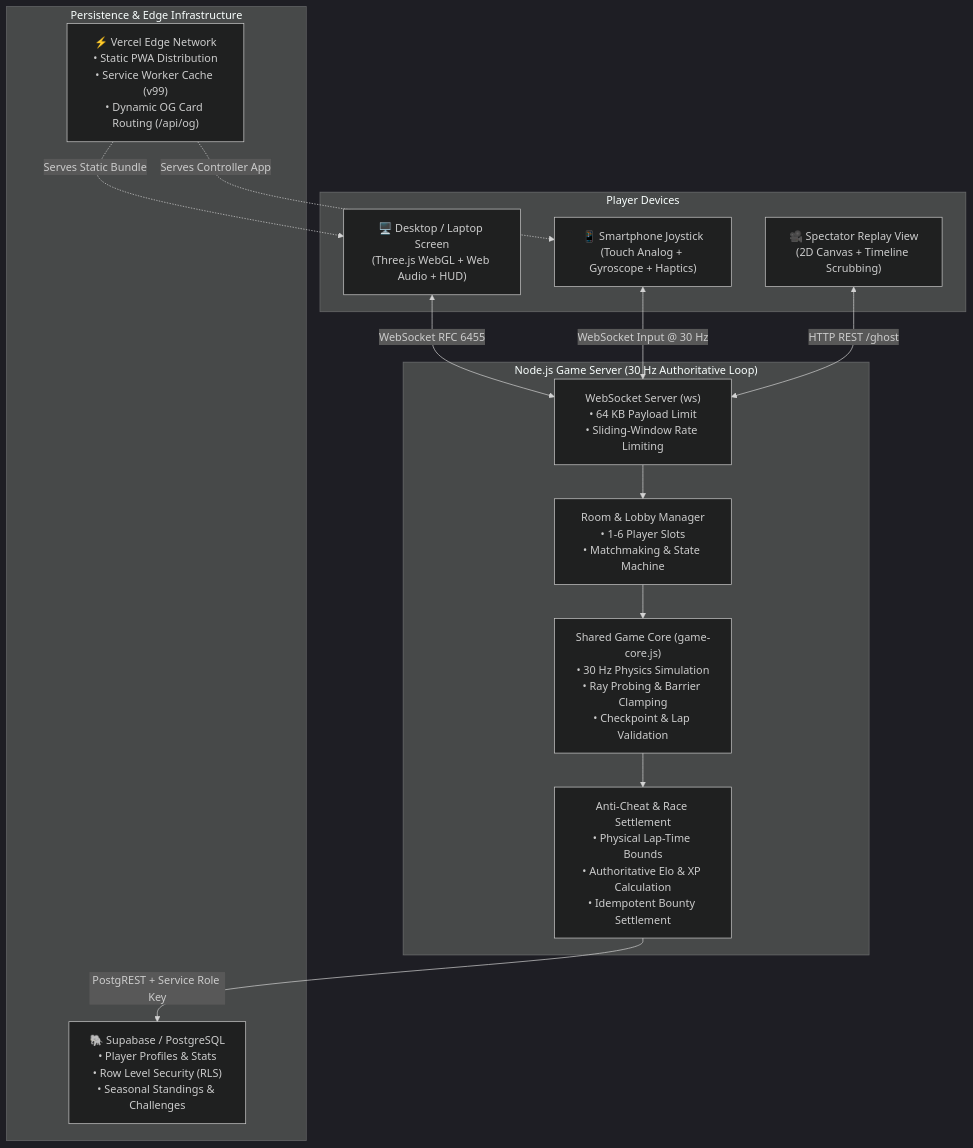
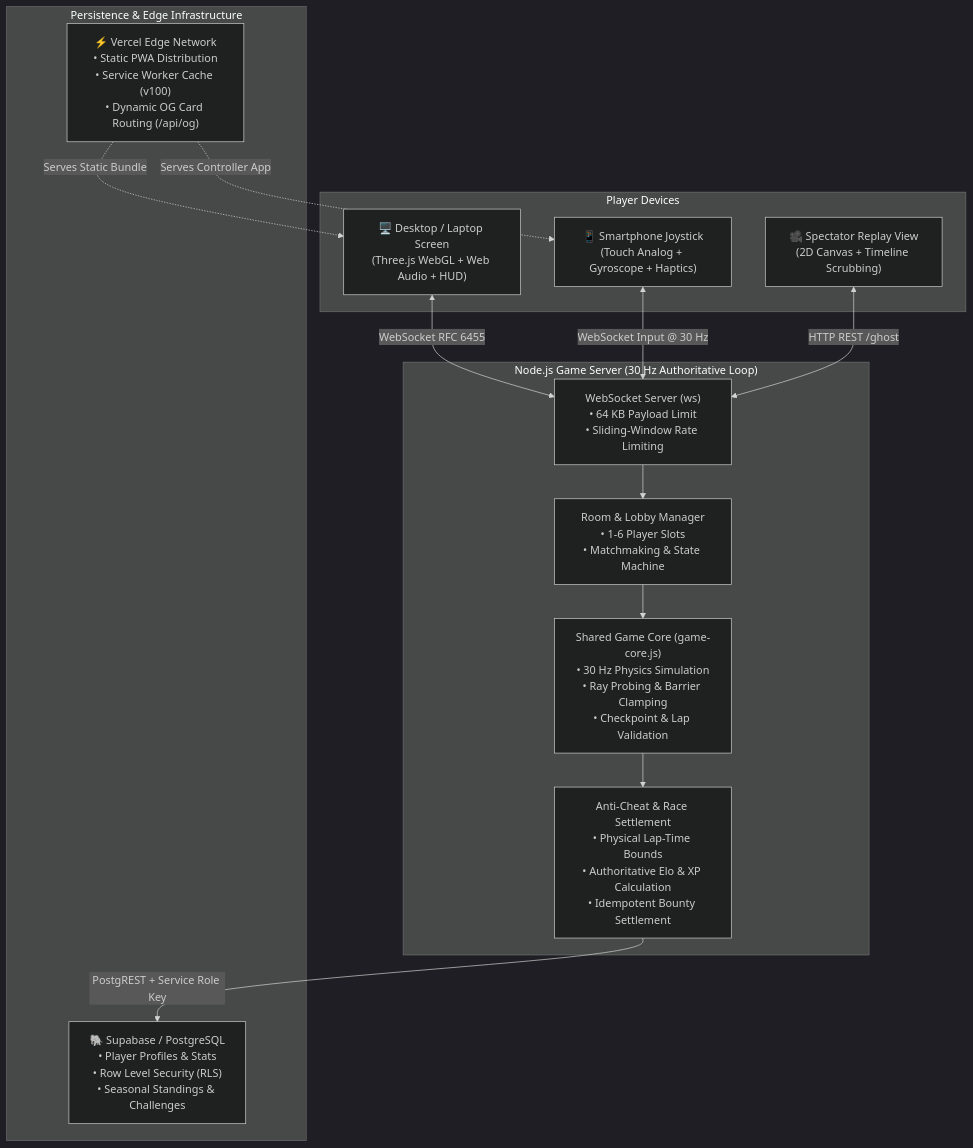
Before and after one commit to yathamsridharreddy/MULTIPLAYER-CAR-GAME: the diagram in README.md, drawn with Mermaid (dark theme). The commit also changed other lines of this file and 12 other files, not shown here.

````diff
--- a/README.md
+++ b/README.md
@@ -102,30 +102,30 @@
 ```mermaid
 flowchart TD
     subgraph Clients["Player Devices"]
         Desktop["🖥️ Desktop / Laptop Screen<br/>(Three.js WebGL + Web Audio + HUD)"]
         Phone["📱 Smartphone Joystick<br/>(Touch Analog + Gyroscope + Haptics)"]
         Replay["🎥 Spectator Replay View<br/>(2D Canvas + Timeline Scrubbing)"]
     end
 
     subgraph Server["Node.js Game Server (30 Hz Authoritative Loop)"]
         WS["WebSocket Server (ws)<br/>• 64 KB Payload Limit<br/>• Sliding-Window Rate Limiting"]
         RoomMgr["Room & Lobby Manager<br/>• 1-6 Player Slots<br/>• Matchmaking & State Machine"]
         Physics["Shared Game Core (game-core.js)<br/>• 30 Hz Physics Simulation<br/>• Ray Probing & Barrier Clamping<br/>• Checkpoint & Lap Validation"]
         AntiCheat["Anti-Cheat & Race Settlement<br/>• Physical Lap-Time Bounds<br/>• Authoritative Elo & XP Calculation<br/>• Idempotent Bounty Settlement"]
     end
 
     subgraph Storage["Persistence & Edge Infrastructure"]
         Supabase["🐘 Supabase / PostgreSQL<br/>• Player Profiles & Stats<br/>• Row Level Security (RLS)<br/>• Seasonal Standings & Challenges"]
-        Vercel["⚡ Vercel Edge Network<br/>• Static PWA Distribution<br/>• Service Worker Cache (v99)<br/>• Dynamic OG Card Routing (/api/og)"]
+        Vercel["⚡ Vercel Edge Network<br/>• Static PWA Distribution<br/>• Service Worker Cache (v100)<br/>• Dynamic OG Card Routing (/api/og)"]
     end
 
     Desktop <-->|WebSocket RFC 6455| WS
     Phone <-->|WebSocket Input @ 30 Hz| WS
     Replay <-->|HTTP REST /ghost| WS
     WS --> RoomMgr
     RoomMgr --> Physics
     Physics --> AntiCheat
     AntiCheat -->|PostgREST + Service Role Key| Supabase
     Vercel -.->|Serves Static Bundle| Desktop
     Vercel -.->|Serves Controller App| Phone
 ```
````
